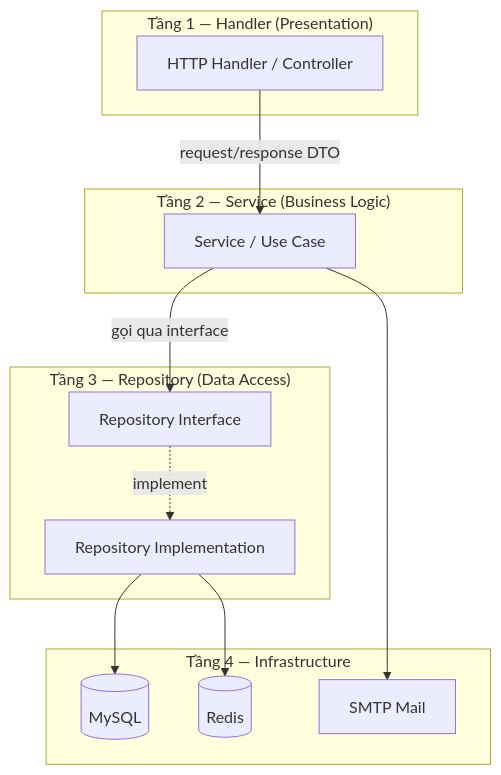
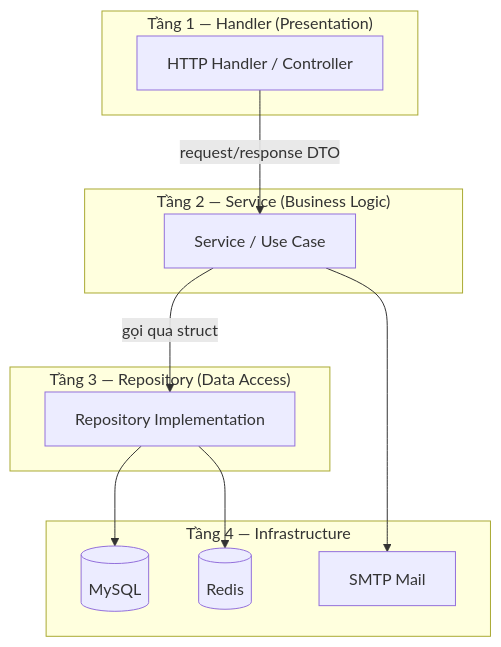
One commit to Quocdev03/user_access_management changed the first of 2 diagrams in docs/02-architecture.md. Above: the diagram before and after it, drawn with Mermaid. The commit also changed other lines of this file and 36 other files, not shown here.

````diff
--- a/docs/02-architecture.md
+++ b/docs/02-architecture.md
@@ -17,28 +17,26 @@
 ```mermaid
 graph TB
     subgraph "Tầng 1 — Handler (Presentation)"
         H[HTTP Handler / Controller]
     end
 
     subgraph "Tầng 2 — Service (Business Logic)"
         S[Service / Use Case]
     end
 
     subgraph "Tầng 3 — Repository (Data Access)"
-        R[Repository Interface]
-        RI[Repository Implementation]
+        R[Repository Implementation]
     end
 
     subgraph "Tầng 4 — Infrastructure"
         DB[(MySQL)]
         RD[(Redis)]
         SM[SMTP Mail]
     end
 
     H -->|request/response DTO| S
-    S -->|gọi qua interface| R
-    R -.->|implement| RI
-    RI --> DB
-    RI --> RD
+    S -->|gọi qua struct| R
+    R --> DB
+    R --> RD
     S --> SM
 ```
````
